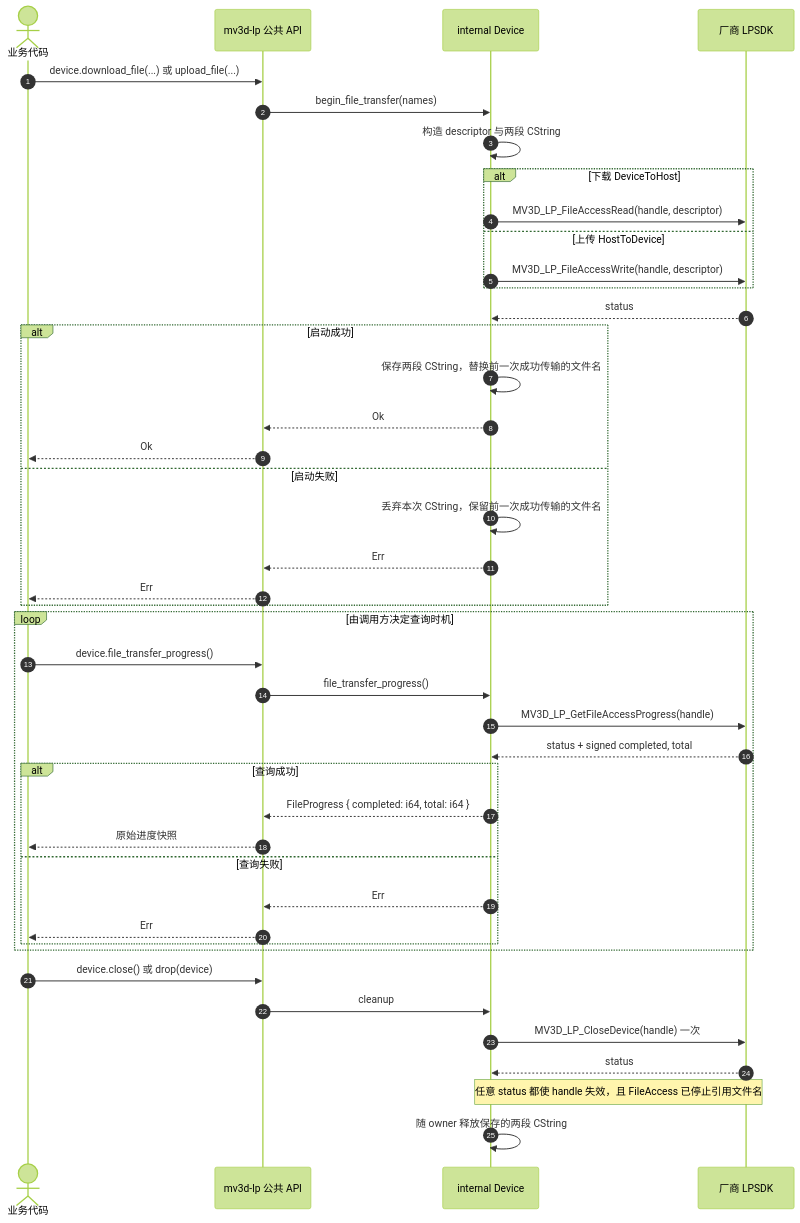
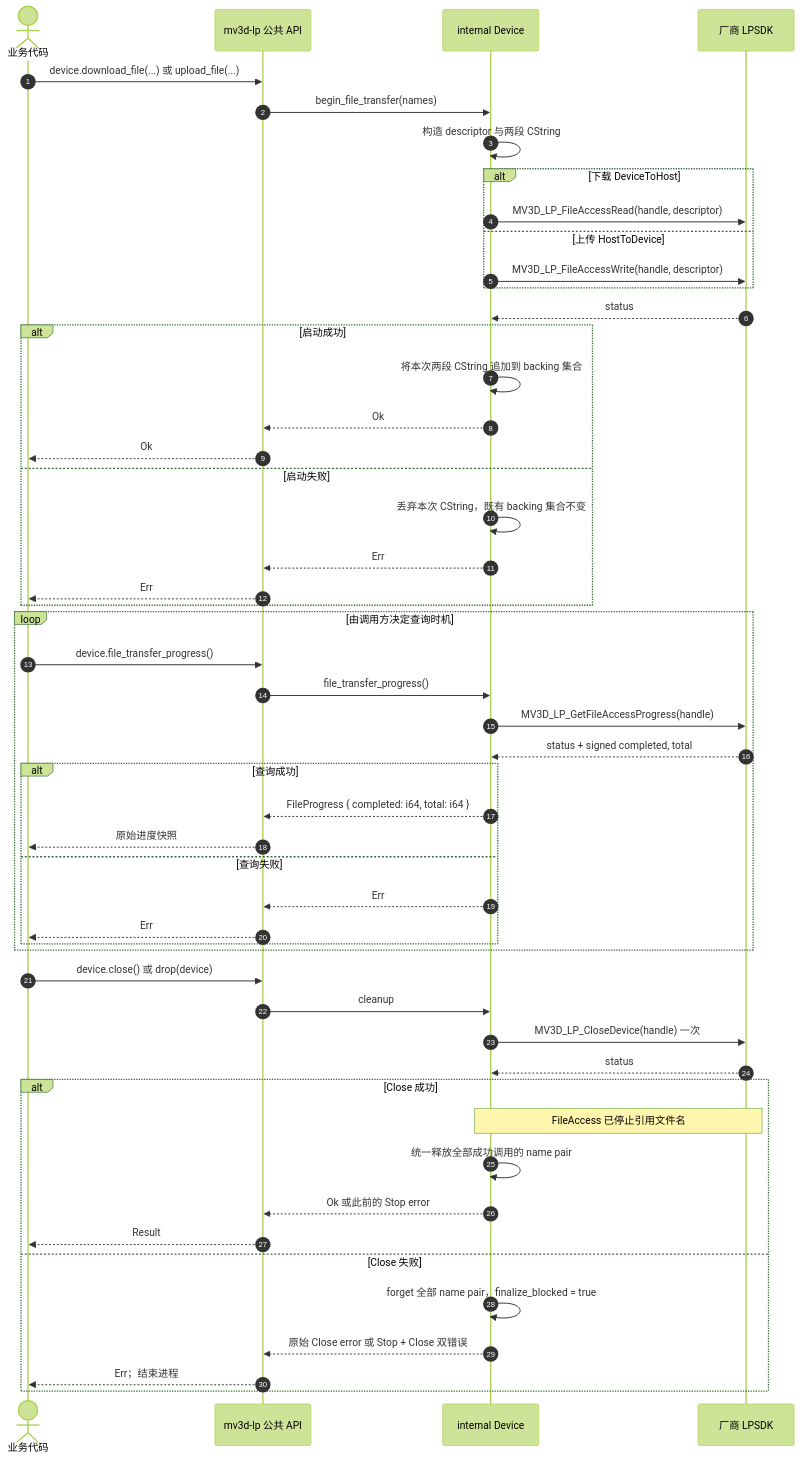
One commit to JSB-Unscarred/3dmvs-sdk-rs changed the diagram in 时序图/文件上传与下载.md. Above: the diagram before and after it, drawn with Mermaid (forest theme). The commit also changed other lines of this file and 14 other files, not shown here.

````diff
--- a/时序图/文件上传与下载.md
+++ b/时序图/文件上传与下载.md
@@ -3,48 +3,56 @@
 ```mermaid
 sequenceDiagram
     autonumber
     actor App as 业务代码
     participant Public as mv3d-lp 公共 API
     participant Device as internal Device
     participant Native as 厂商 LPSDK
 
     App->>Public: device.download_file(...) 或 upload_file(...)
     Public->>Device: begin_file_transfer(names)
     Device->>Device: 构造 descriptor 与两段 CString
     alt 下载 DeviceToHost
         Device->>Native: MV3D_LP_FileAccessRead(handle, descriptor)
     else 上传 HostToDevice
         Device->>Native: MV3D_LP_FileAccessWrite(handle, descriptor)
     end
     Native-->>Device: status
     alt 启动成功
-        Device->>Device: 保存两段 CString，替换前一次成功传输的文件名
+        Device->>Device: 将本次两段 CString 追加到 backing 集合
         Device-->>Public: Ok
         Public-->>App: Ok
     else 启动失败
-        Device->>Device: 丢弃本次 CString，保留前一次成功传输的文件名
+        Device->>Device: 丢弃本次 CString，既有 backing 集合不变
         Device-->>Public: Err
         Public-->>App: Err
     end
 
     loop 由调用方决定查询时机
         App->>Public: device.file_transfer_progress()
         Public->>Device: file_transfer_progress()
         Device->>Native: MV3D_LP_GetFileAccessProgress(handle)
         Native-->>Device: status + signed completed, total
         alt 查询成功
             Device-->>Public: FileProgress { completed: i64, total: i64 }
             Public-->>App: 原始进度快照
         else 查询失败
             Device-->>Public: Err
             Public-->>App: Err
         end
     end
 
     App->>Public: device.close() 或 drop(device)
     Public->>Device: cleanup
     Device->>Native: MV3D_LP_CloseDevice(handle) 一次
     Native-->>Device: status
-    Note over Device,Native: 任意 status 都使 handle 失效，且 FileAccess 已停止引用文件名
-    Device->>Device: 随 owner 释放保存的两段 CString
+    alt Close 成功
+        Note over Device,Native: FileAccess 已停止引用文件名
+        Device->>Device: 统一释放全部成功调用的 name pair
+        Device-->>Public: Ok 或此前的 Stop error
+        Public-->>App: Result
+    else Close 失败
+        Device->>Device: forget 全部 name pair，finalize_blocked = true
+        Device-->>Public: 原始 Close error 或 Stop + Close 双错误
+        Public-->>App: Err；结束进程
+    end
 ```
````
